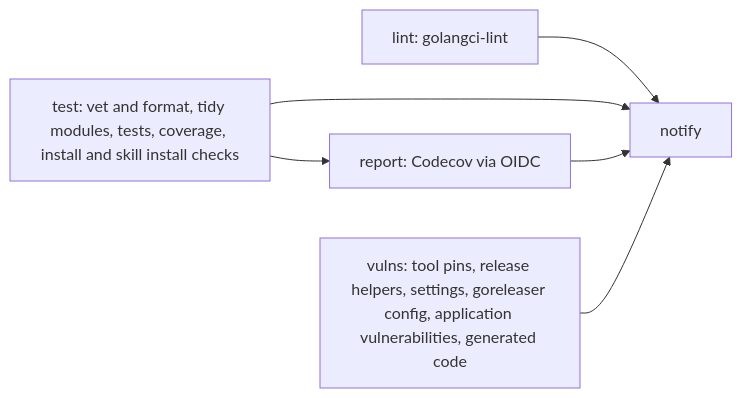
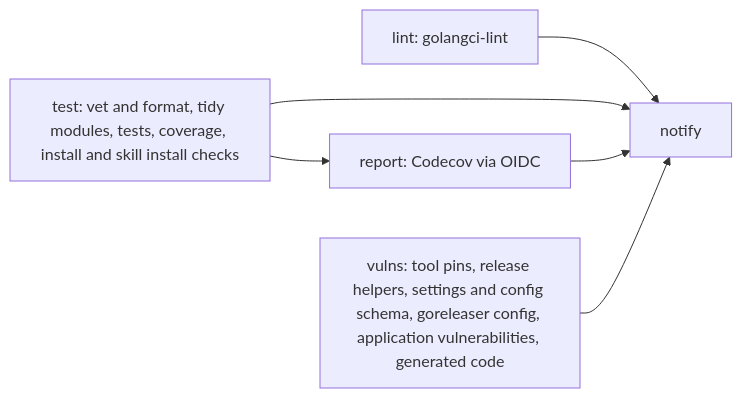
The second of 10 diagrams in .github/workflows/README.md (octomation/maintainer), drawn with Mermaid before and after one commit. The commit also changed other lines of this file and 3 other files, not shown here.

````diff
--- a/.github/workflows/README.md
+++ b/.github/workflows/README.md
@@ -83,7 +83,7 @@
 ```mermaid
 flowchart LR
   lint[lint: golangci-lint]
   test[test: vet and format, tidy modules, tests, coverage, install and skill install checks] --> report[report: Codecov via OIDC]
-  vulns[vulns: tool pins, release helpers, settings, goreleaser config, application vulnerabilities, generated code]
+  vulns[vulns: tool pins, release helpers, settings and config schema, goreleaser config, application vulnerabilities, generated code]
   lint & test & report & vulns --> notify[notify]
 ```
````
